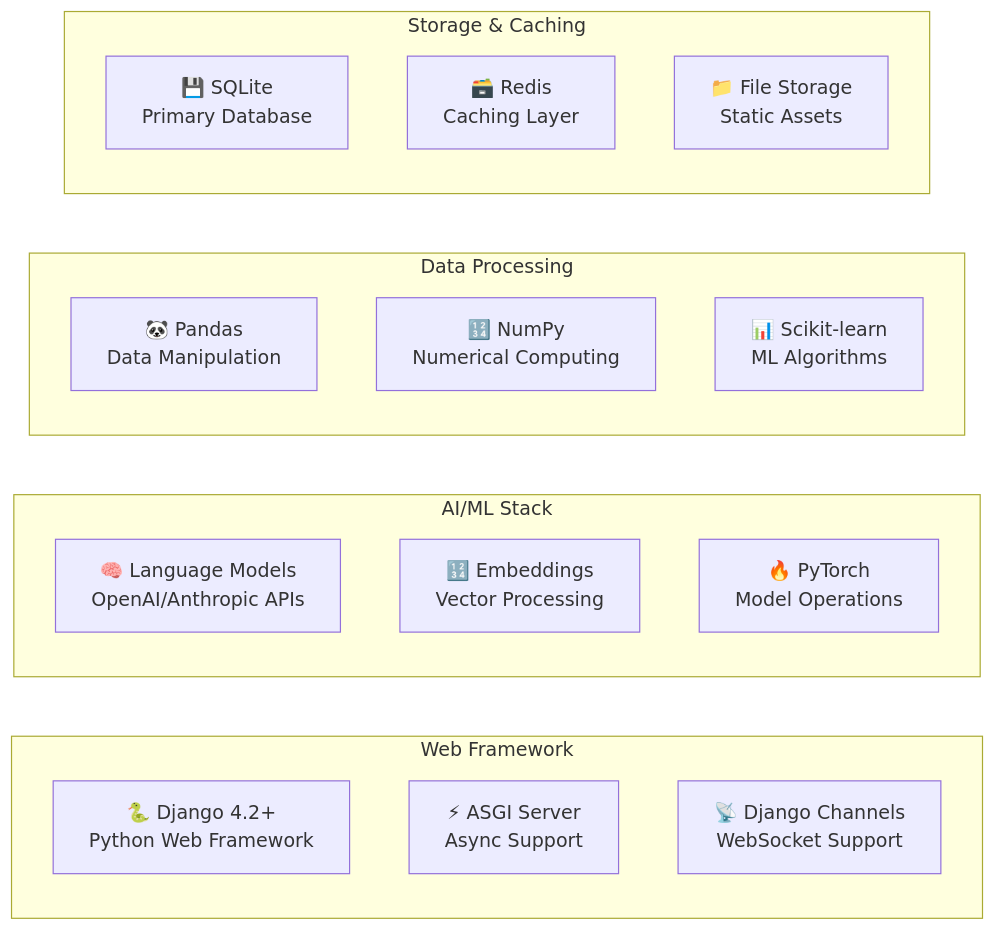
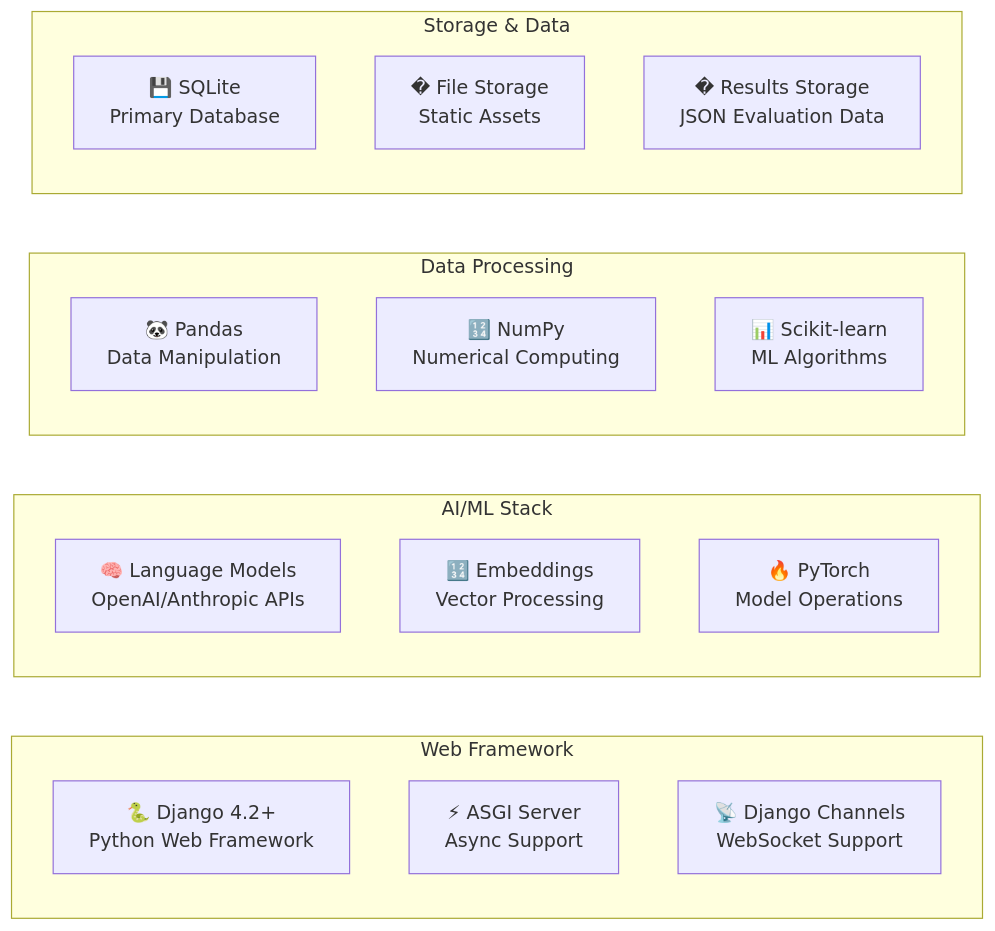
One commit to somesh-ghaturle/Fair-Agent changed the sixth of 6 diagrams in README.md. Above: the diagram before and after it, drawn with Mermaid. The commit also changed other lines of this file and 1 other file, not shown here.

````diff
--- a/README.md
+++ b/README.md
@@ -387,26 +387,26 @@
 ```mermaid
 graph LR
     subgraph "Web Framework"
         DJANGO[🐍 Django 4.2+<br/>Python Web Framework]
         ASGI[⚡ ASGI Server<br/>Async Support]
         CHANNELS[📡 Django Channels<br/>WebSocket Support]
     end
     
     subgraph "AI/ML Stack"
         LLM[🧠 Language Models<br/>OpenAI/Anthropic APIs]
         EMBED[🔢 Embeddings<br/>Vector Processing]
         TORCH[🔥 PyTorch<br/>Model Operations]
     end
     
     subgraph "Data Processing"
         PANDAS[🐼 Pandas<br/>Data Manipulation]
         NUMPY[🔢 NumPy<br/>Numerical Computing]
         SKLEARN[📊 Scikit-learn<br/>ML Algorithms]
     end
     
-    subgraph "Storage & Caching"
+    subgraph "Storage & Data"
         SQLITE[💾 SQLite<br/>Primary Database]
-        REDIS[🗃️ Redis<br/>Caching Layer]
-        FILES[📁 File Storage<br/>Static Assets]
+        FILES[� File Storage<br/>Static Assets]
+        RESULTS[� Results Storage<br/>JSON Evaluation Data]
     end
 ```
````
